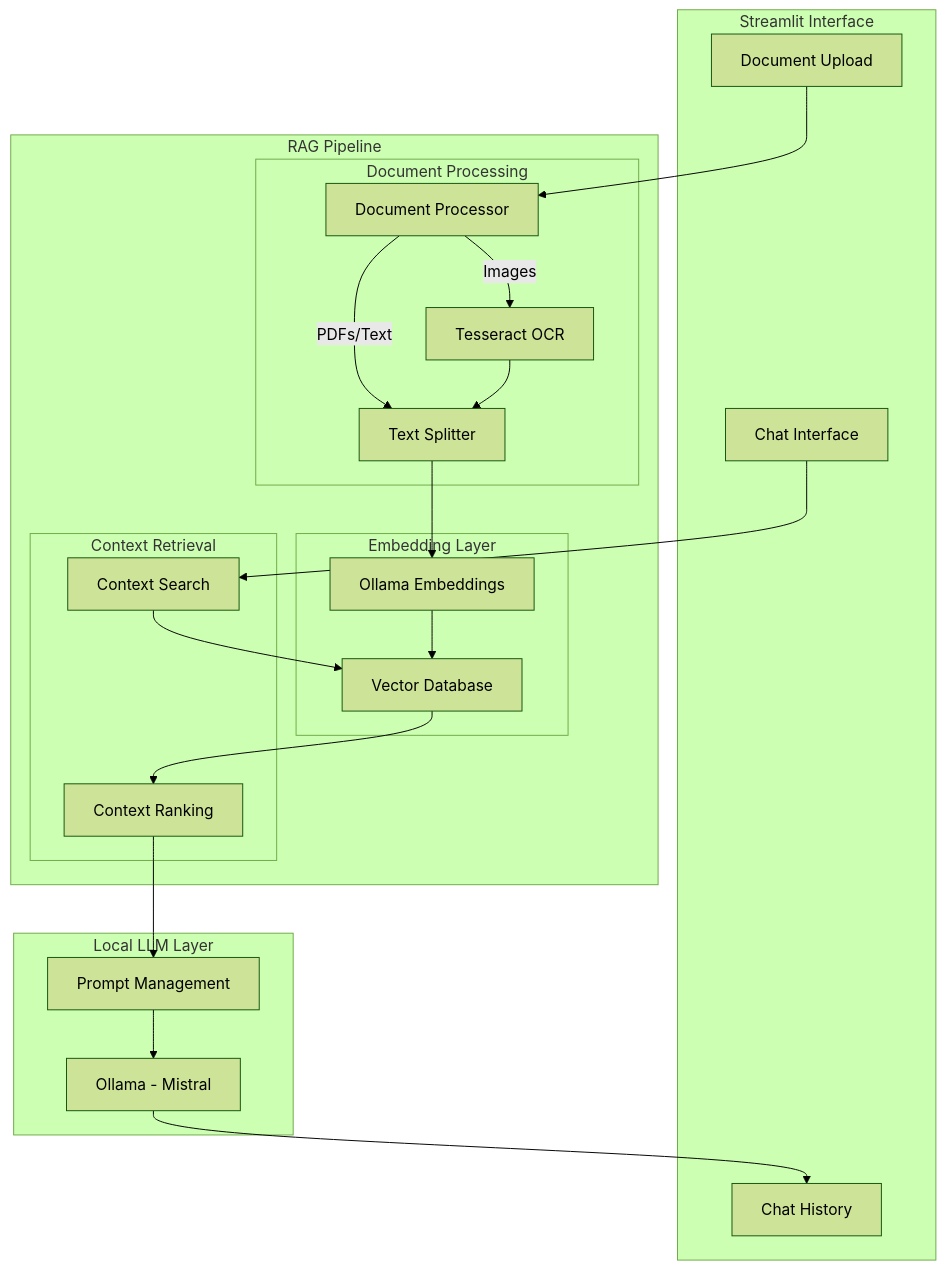
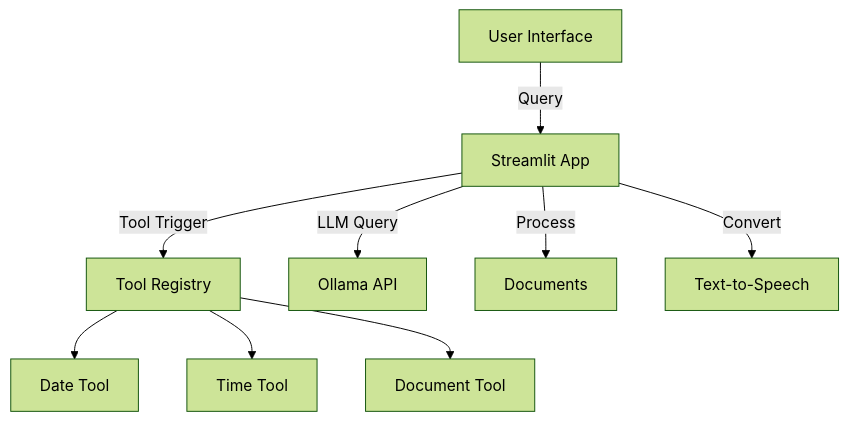
One commit to khaosans/basic-chat changed the diagram in README.md. Above: the diagram before and after it, drawn with Mermaid (forest theme). The commit also changed other lines of this file and 2 other files, not shown here.

First line of the commit message:
refactor(app): streamline chatbot architecture and add tool integration

````diff
--- a/README.md
+++ b/README.md
@@ -19,44 +21,11 @@
 ```mermaid
 graph TD
-    subgraph UserInterface["Streamlit Interface"]
-        Upload[Document Upload]
-        Chat[Chat Interface]
-        History[Chat History]
-    end
-
-    subgraph RAGPipeline["RAG Pipeline"]
-        subgraph DocumentProcessing["Document Processing"]
-            DP[Document Processor]
-            TS[Text Splitter]
-            OCR[Tesseract OCR]
-        end
-
-        subgraph Embeddings["Embedding Layer"]
-            OE[Ollama Embeddings]
-            VDB[Vector Database]
-        end
-
-        subgraph Retrieval["Context Retrieval"]
-            CS[Context Search]
-            CR[Context Ranking]
-        end
-    end
-
-    subgraph LLMLayer["Local LLM Layer"]
-        OL[Ollama - Mistral]
-        PM[Prompt Management]
-    end
-
-    Upload --> DP
-    DP --> |PDFs/Text| TS
-    DP --> |Images| OCR
-    OCR --> TS
-    TS --> OE
-    OE --> VDB
-    Chat --> CS
-    CS --> VDB
-    VDB --> CR
-    CR --> PM
-    PM --> OL
-    OL --> History
+    A[User Interface] -->|Query| B[Streamlit App]
+    B -->|Tool Trigger| C[Tool Registry]
+    B -->|LLM Query| D[Ollama API]
+    C --> E[Date Tool]
+    C --> F[Time Tool]
+    C --> G[Document Tool]
+    B -->|Process| H[Documents]
+    B -->|Convert| I[Text-to-Speech]
 ```
````
